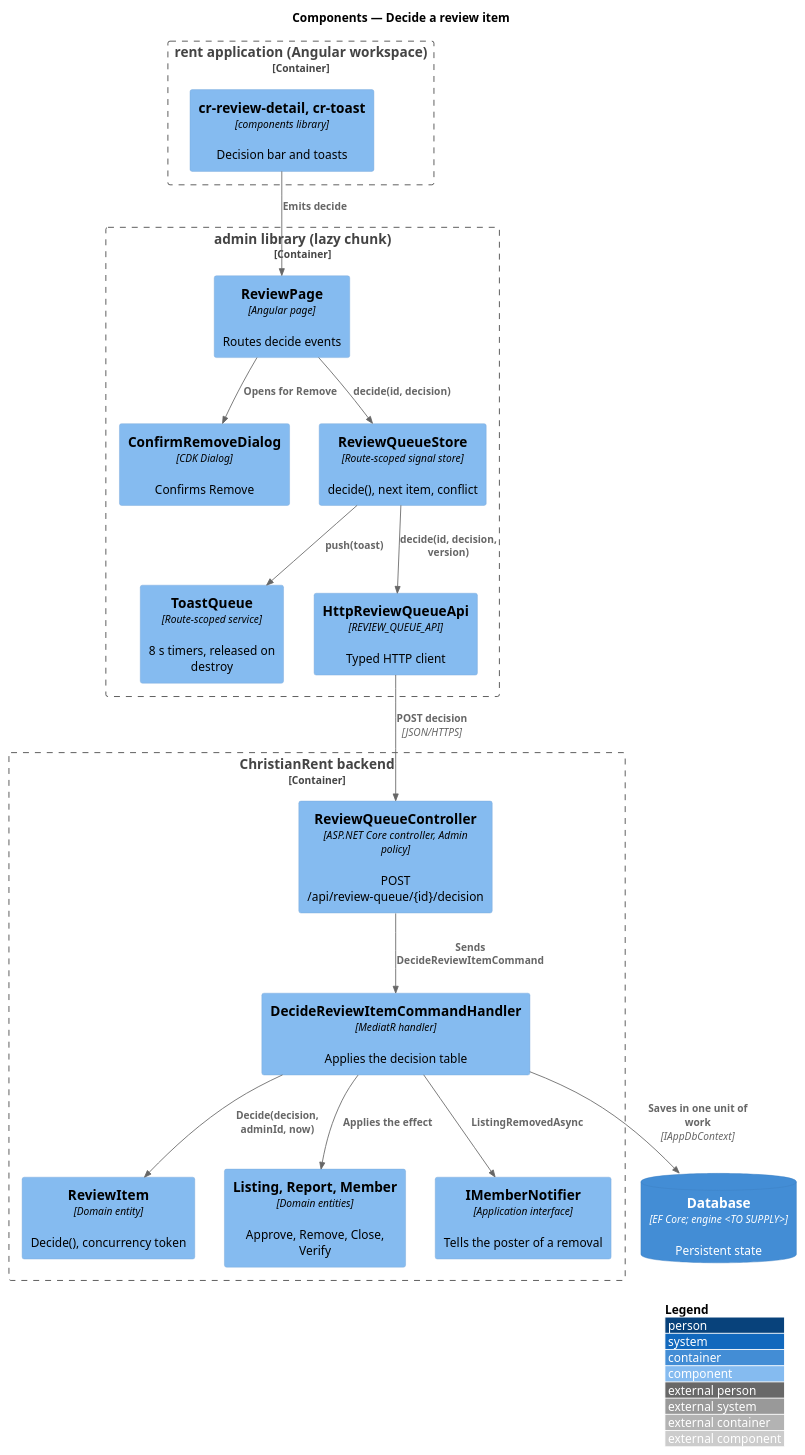
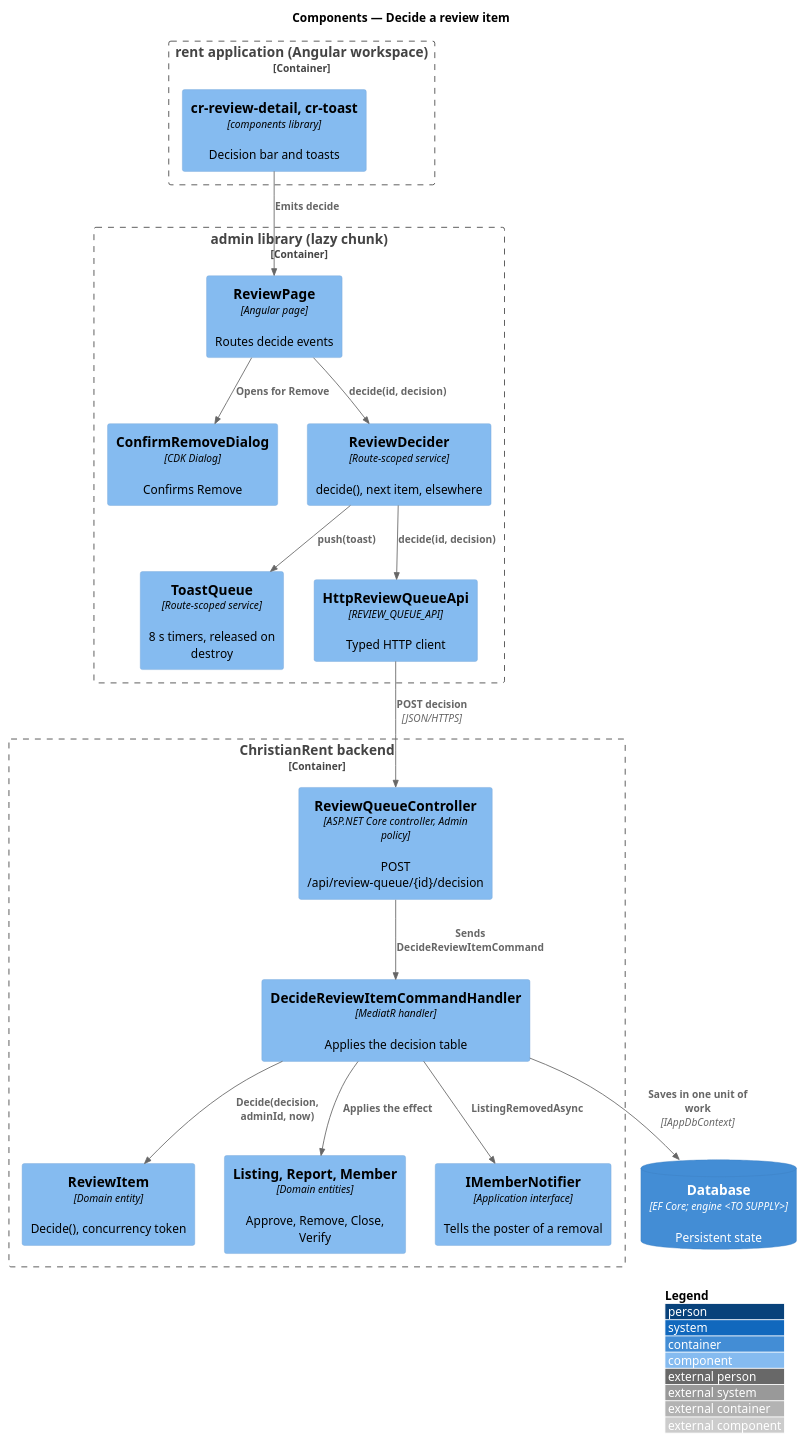
One commit to QuinntyneBrown/christian-rent changed the diagram in docs/detailed-designs/review/decide-review-item/diagrams/c4-component.puml. Above: the diagram before and after it, drawn with PlantUML. The commit also changed 51 other files, not shown here.

```diff
--- a/docs/detailed-designs/review/decide-review-item/diagrams/c4-component.puml
+++ b/docs/detailed-designs/review/decide-review-item/diagrams/c4-component.puml
@@ -1,35 +1,35 @@
 @startuml
 !include <C4/C4_Component>
 LAYOUT_WITH_LEGEND()
 title Components — Decide a review item
 
 Container_Boundary(spa, "rent application (Angular workspace)") {
   Component(ui, "cr-review-detail, cr-toast", "components library", "Decision bar and toasts")
 }
 Container_Boundary(admlib, "admin library (lazy chunk)") {
   Component(page, "ReviewPage", "Angular page", "Routes decide events")
   Component(dialog, "ConfirmRemoveDialog", "CDK Dialog", "Confirms Remove")
-  Component(store, "ReviewQueueStore", "Route-scoped signal store", "decide(), next item, conflict")
+  Component(store, "ReviewDecider", "Route-scoped service", "decide(), next item, elsewhere")
   Component(toasts, "ToastQueue", "Route-scoped service", "8 s timers, released on destroy")
   Component(client, "HttpReviewQueueApi", "REVIEW_QUEUE_API", "Typed HTTP client")
 }
 Container_Boundary(api, "ChristianRent backend") {
   Component(ctrl, "ReviewQueueController", "ASP.NET Core controller, Admin policy", "POST /api/review-queue/{id}/decision")
   Component(handler, "DecideReviewItemCommandHandler", "MediatR handler", "Applies the decision table")
   Component(item, "ReviewItem", "Domain entity", "Decide(), concurrency token")
   Component(subj, "Listing, Report, Member", "Domain entities", "Approve, Remove, Close, Verify")
   Component(notify, "IMemberNotifier", "Application interface", "Tells the poster of a removal")
 }
 ContainerDb(db, "Database", "EF Core; engine <TO SUPPLY>", "Persistent state")
 Rel(ui, page, "Emits decide")
 Rel(page, dialog, "Opens for Remove")
 Rel(page, store, "decide(id, decision)")
 Rel(store, toasts, "push(toast)")
-Rel(store, client, "decide(id, decision, version)")
+Rel(store, client, "decide(id, decision)")
 Rel(client, ctrl, "POST decision", "JSON/HTTPS")
 Rel(ctrl, handler, "Sends DecideReviewItemCommand")
 Rel(handler, item, "Decide(decision, adminId, now)")
 Rel(handler, subj, "Applies the effect")
 Rel(handler, notify, "ListingRemovedAsync")
 Rel(handler, db, "Saves in one unit of work", "IAppDbContext")
 @enduml
```
